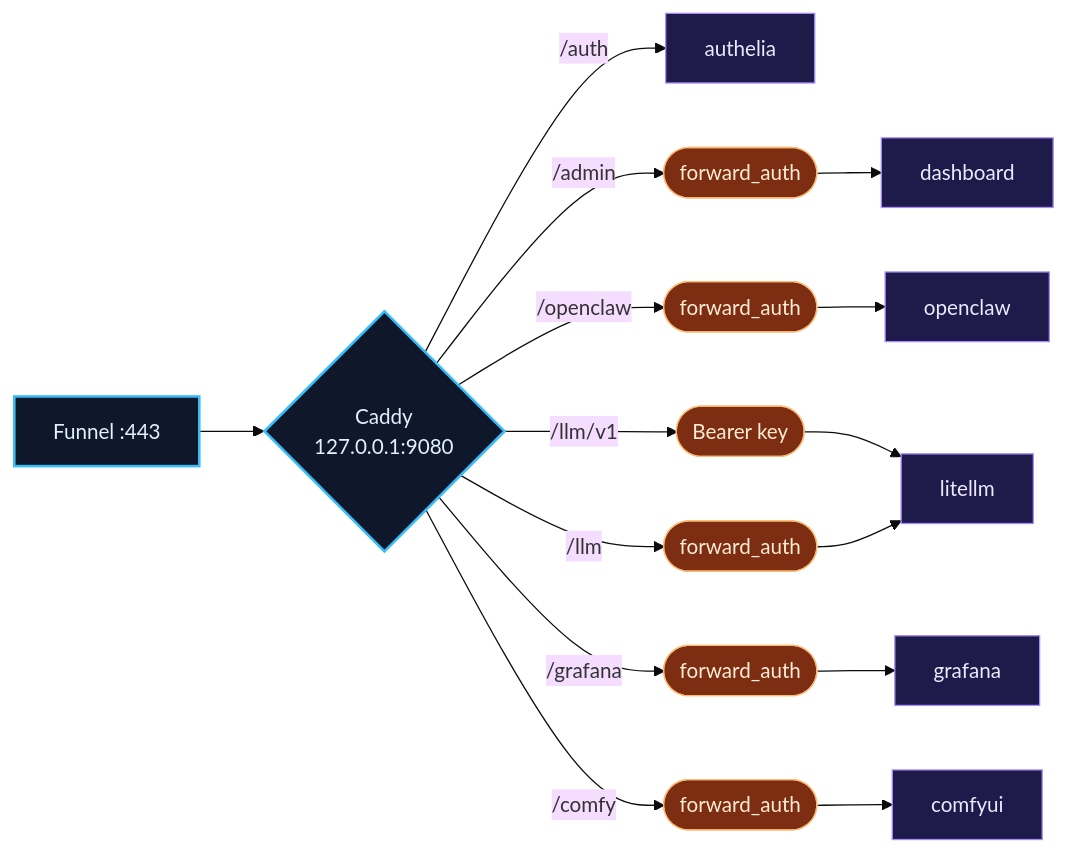
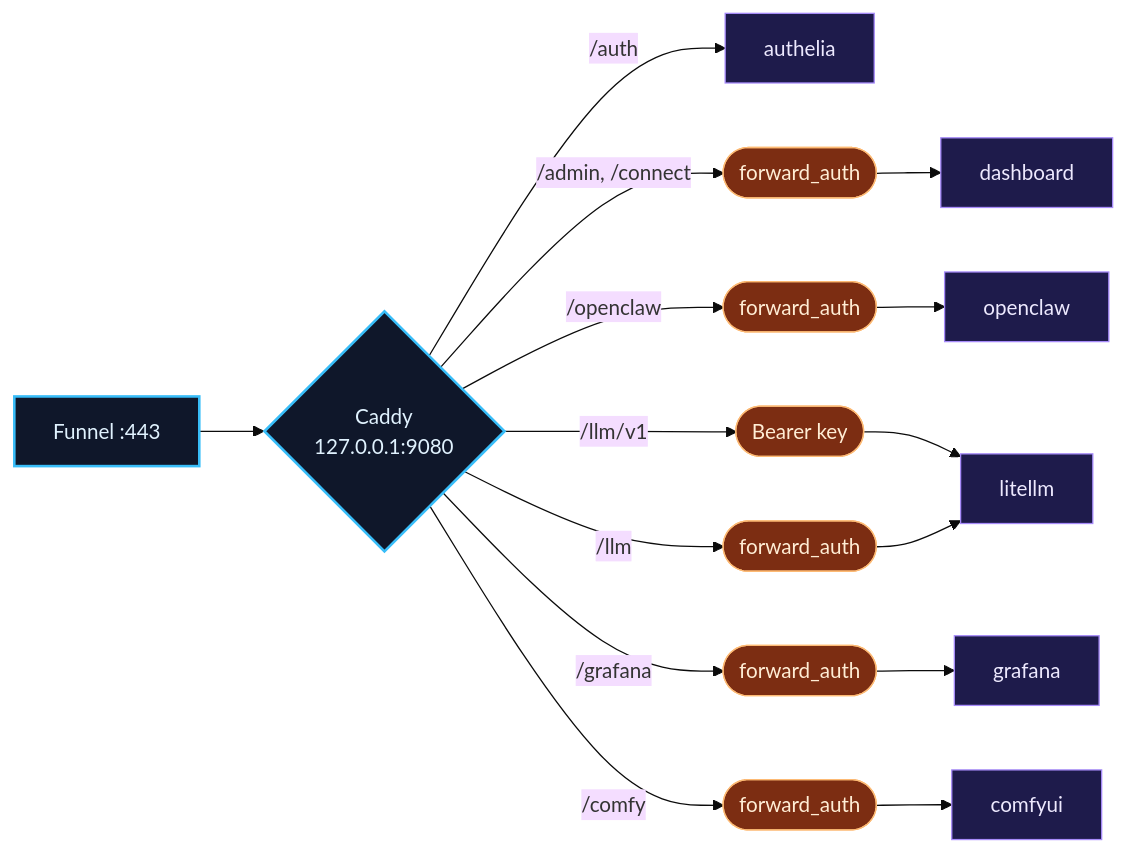
One commit to ravikiranvs/gb10-ai-stack changed the second of 15 diagrams in gb10-agent-stack.md. Above: the diagram before and after it, drawn with Mermaid (base theme). The commit also changed other lines of this file and 19 other files, not shown here.

````diff
--- a/gb10-agent-stack.md
+++ b/gb10-agent-stack.md
@@ -188,18 +190,18 @@
 ```mermaid
 flowchart LR
     F["Funnel :443"] --> C{"Caddy<br/>127.0.0.1:9080"}
     C -- "/auth" --> A["authelia"]
-    C -- "/admin" --> FA1(["forward_auth"]) --> D["dashboard"]
+    C -- "/admin, /connect" --> FA1(["forward_auth"]) --> D["dashboard"]
     C -- "/openclaw" --> FA2(["forward_auth"]) --> O["openclaw"]
     C -- "/llm/v1" --> K(["Bearer key"]) --> L["litellm"]
     C -- "/llm" --> FA3(["forward_auth"]) --> L
     C -- "/grafana" --> FA4(["forward_auth"]) --> G["grafana"]
     C -- "/comfy" --> FA5(["forward_auth"]) --> CU["comfyui"]
 
     classDef r fill:#0f172a,stroke:#38bdf8,color:#e0f2fe,stroke-width:2px
     classDef a fill:#7c2d12,stroke:#fdba74,color:#ffedd5
     classDef s fill:#1e1b4b,stroke:#a78bfa,color:#ede9fe
     class F,C r
     class FA1,FA2,FA3,FA4,FA5,K a
     class A,D,O,L,G,CU s
 ```
````
